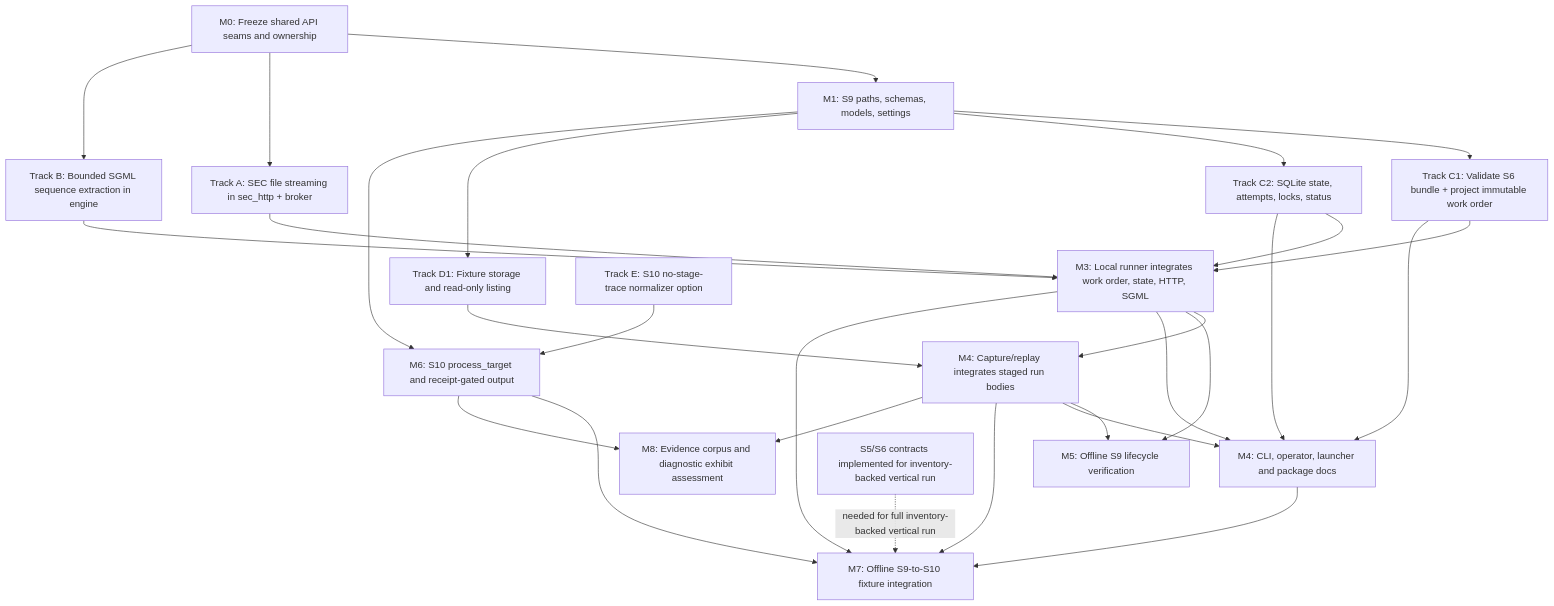
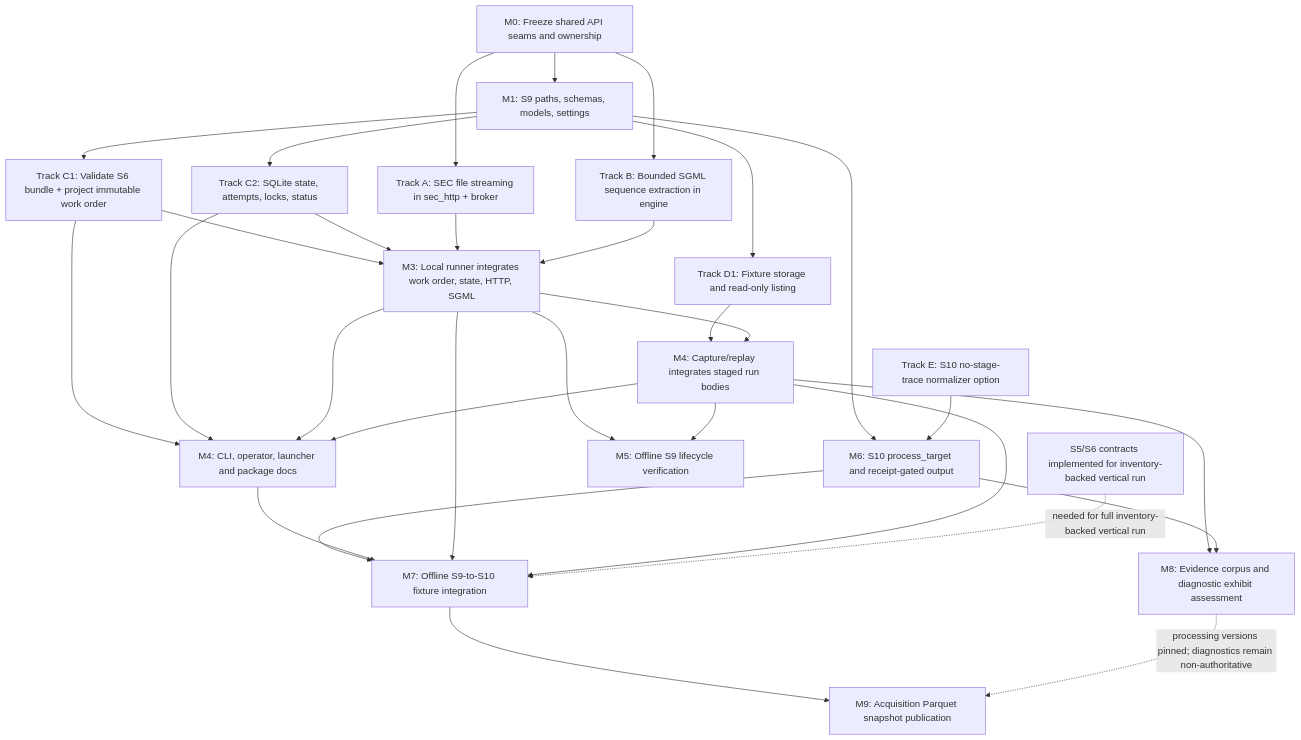
Before and after one commit to DerivedFunction01/edgar-sec: the diagram in roadmap/accession_document_flow/subplans/document_acquisition/plan.md, drawn with Mermaid. The commit also changed other lines of this file and 21 other files, not shown here.

Commit message:
refactor: update document acquisition subplan architecture, lifecycle, and snapshot publication contracts

````diff
--- a/roadmap/accession_document_flow/subplans/document_acquisition/plan.md
+++ b/roadmap/accession_document_flow/subplans/document_acquisition/plan.md
@@ -47,47 +49,50 @@
 ```mermaid
 flowchart TD
     M0["M0: Freeze shared API seams and ownership"]
     M1["M1: S9 paths, schemas, models, settings"]
     HTTP["Track A: SEC file streaming in sec_http + broker"]
     SGML["Track B: Bounded SGML sequence extraction in engine"]
     PROJECT["Track C1: Validate S6 bundle + project immutable work order"]
     STATE["Track C2: SQLite state, attempts, locks, status"]
     FIXSTORE["Track D1: Fixture storage and read-only listing"]
     RUN["M3: Local runner integrates work order, state, HTTP, SGML"]
     FIX["M4: Capture/replay integrates staged run bodies"]
     CLI["M4: CLI, operator, launcher and package docs"]
     NTRACE["Track E: S10 no-stage-trace normalizer option"]
     PROCESS["M6: S10 process_target and receipt-gated output"]
     S9GATE["M5: Offline S9 lifecycle verification"]
     GATE["M7: Offline S9-to-S10 fixture integration"]
     TAXON["M8: Evidence corpus and diagnostic exhibit assessment"]
+    PUB["M9: Acquisition Parquet snapshot publication"]
     UPSTREAM["S5/S6 contracts implemented for inventory-backed vertical run"]
 
     M0 --> M1
     M0 --> HTTP
     M0 --> SGML
     M1 --> PROJECT
     M1 --> STATE
     M1 --> FIXSTORE
     M1 --> PROCESS
     NTRACE --> PROCESS
     PROJECT --> RUN
     STATE --> RUN
     HTTP --> RUN
     SGML --> RUN
     FIXSTORE --> FIX
     RUN --> FIX
     PROCESS --> GATE
     RUN --> S9GATE
     FIX --> S9GATE
     PROJECT --> CLI
     STATE --> CLI
     RUN --> CLI
     FIX --> CLI
     CLI --> GATE
     RUN --> GATE
     FIX --> GATE
     FIX --> TAXON
     PROCESS --> TAXON
+    GATE --> PUB
+    TAXON -. "processing versions pinned; diagnostics remain non-authoritative" .-> PUB
     UPSTREAM -. "needed for full inventory-backed vertical run" .-> GATE
 ```
````
